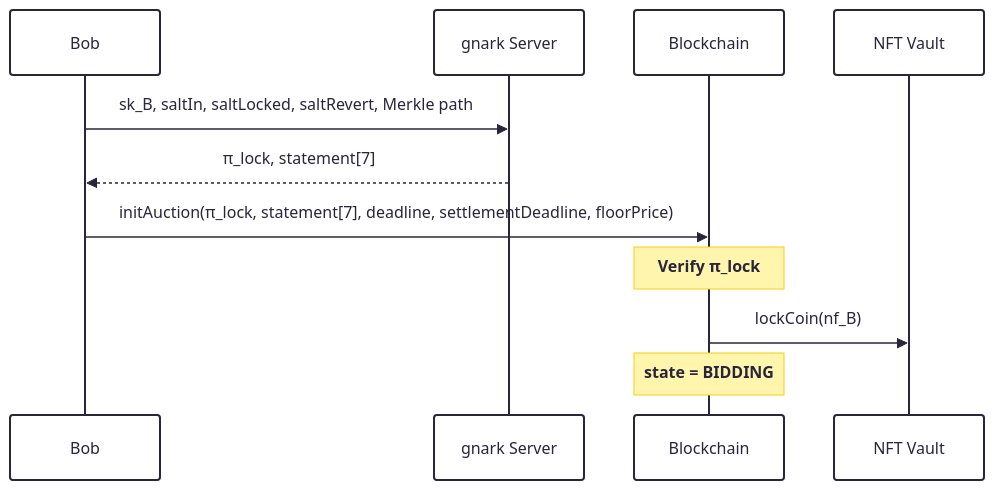
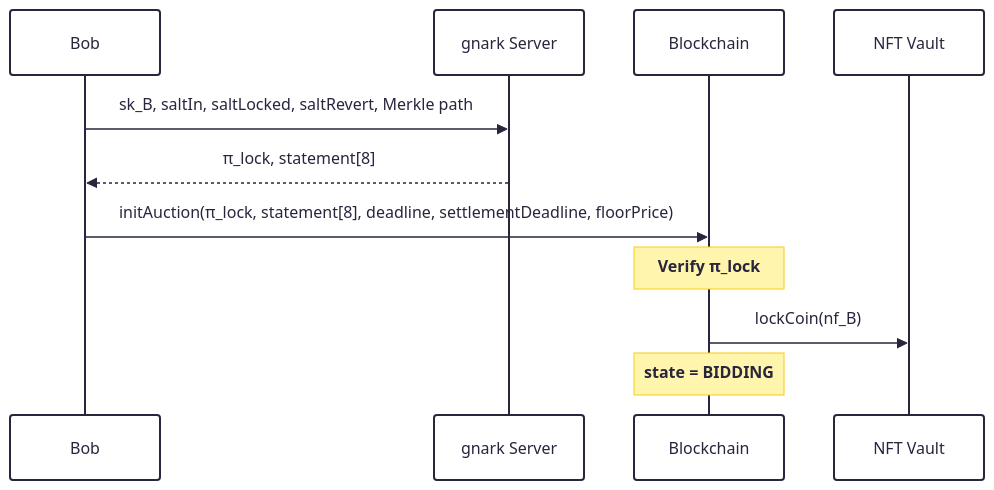
The second of 10 diagrams in enygma_dvp_auctions/docs/protocol_description.md (raylsnetwork/Enygma), drawn with Mermaid before and after one commit. The commit also changed other lines of this file and 33 other files, not shown here.

````diff
--- a/enygma_dvp_auctions/docs/protocol_description.md
+++ b/enygma_dvp_auctions/docs/protocol_description.md
@@ -157,20 +157,20 @@
 ```mermaid
 ---
 config:
   theme: redux
   look: handDrawn
 ---
 sequenceDiagram
     participant Bob
     participant gnark as gnark Server
     participant Chain as Blockchain
     participant Vault as NFT Vault
 
     Bob->>gnark: sk_B, saltIn, saltLocked, saltRevert, Merkle path
-    gnark-->>Bob: π_lock, statement[7]
+    gnark-->>Bob: π_lock, statement[8]
 
-    Bob->>Chain: initAuction(π_lock, statement[7], deadline, settlementDeadline, floorPrice)
+    Bob->>Chain: initAuction(π_lock, statement[8], deadline, settlementDeadline, floorPrice)
     note over Chain: Verify π_lock
     Chain->>Vault: lockCoin(nf_B)
     note over Chain: state = BIDDING
 ```
````
